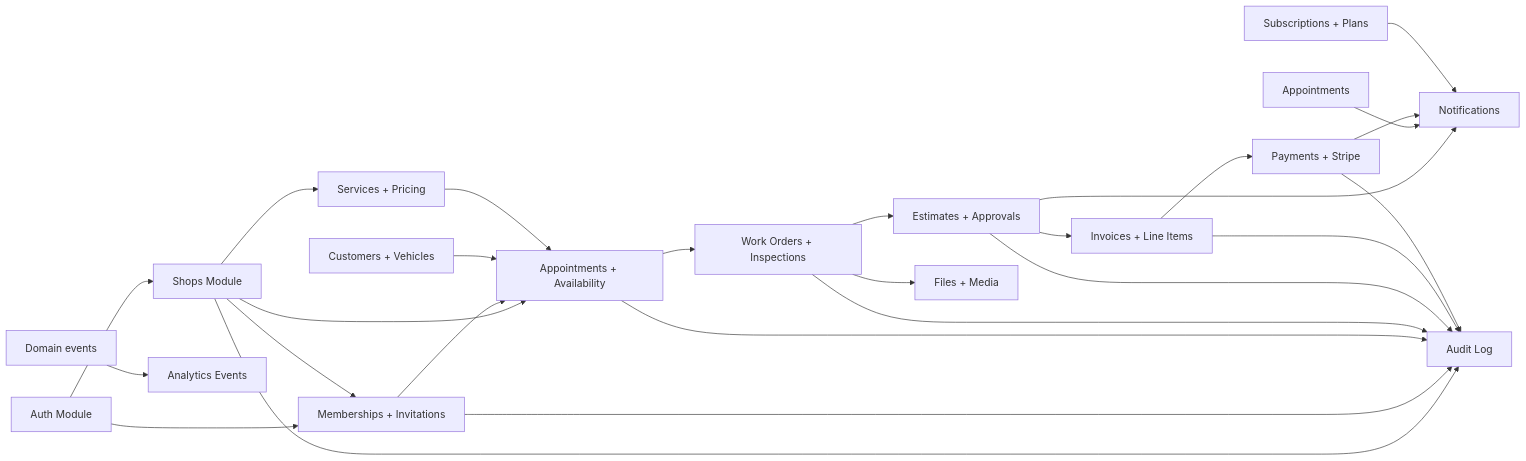
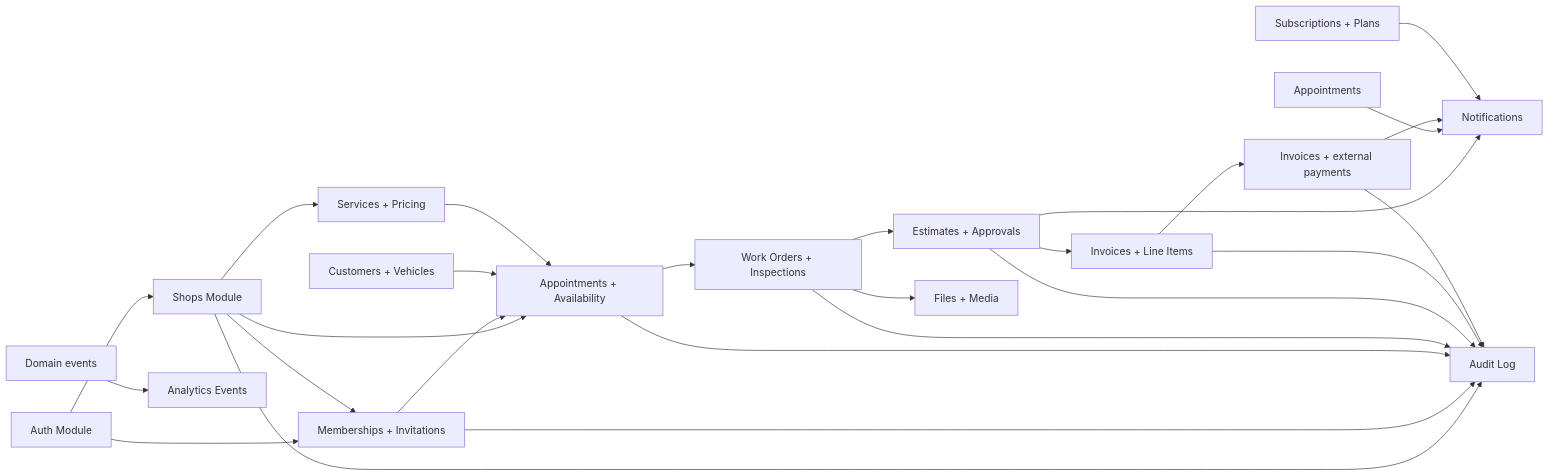
Before and after one commit to raviosovrann/revvy: the second of 10 diagrams in REVVY_V1_SPEC.md, drawn with Mermaid. The commit also changed other lines of this file and 64 other files, not shown here.

````diff
--- a/REVVY_V1_SPEC.md
+++ b/REVVY_V1_SPEC.md
@@ -659,44 +653,44 @@
 ```mermaid
 flowchart LR
     AuthM[Auth Module]
     Shops[Shops Module]
     Members[Memberships + Invitations]
     Customers[Customers + Vehicles]
     Catalog[Services + Pricing]
     Scheduling[Appointments + Availability]
     WorkOrders[Work Orders + Inspections]
     Estimates[Estimates + Approvals]
     Invoices[Invoices + Line Items]
-    Payments[Payments + Stripe]
+    Payments[Invoices + external payments]
     Notifications[Notifications]
     Subscriptions[Subscriptions + Plans]
     Files[Files + Media]
     Audit[Audit Log]
     Analytics[Analytics Events]
 
     AuthM --> Shops
     AuthM --> Members
     Shops --> Members
     Shops --> Catalog
     Shops --> Scheduling
     Members --> Scheduling
     Customers --> Scheduling
     Catalog --> Scheduling
     Scheduling --> WorkOrders
     WorkOrders --> Estimates
     Estimates --> Invoices
     Invoices --> Payments
     WorkOrders --> Files
     Estimates --> Notifications
     Appointments[Appointments] --> Notifications
     Payments --> Notifications
     Subscriptions --> Notifications
     Shops --> Audit
     Members --> Audit
     Scheduling --> Audit
     WorkOrders --> Audit
     Estimates --> Audit
     Invoices --> Audit
     Payments --> Audit
     AllEvents[Domain events] --> Analytics
 ```
````
